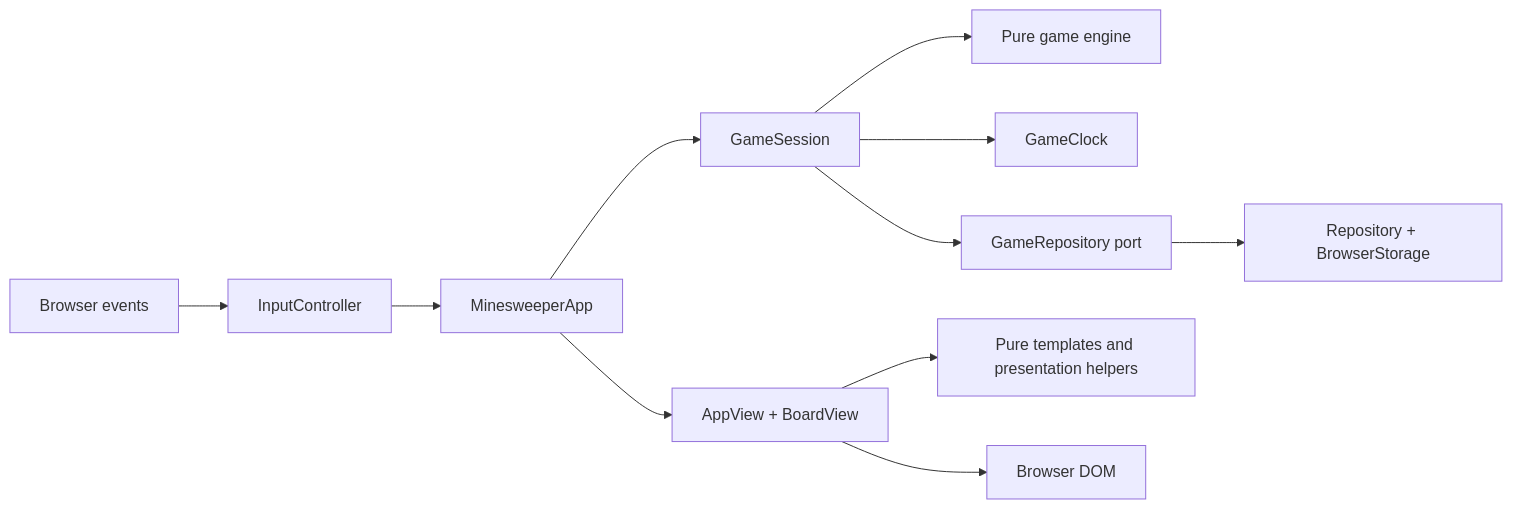
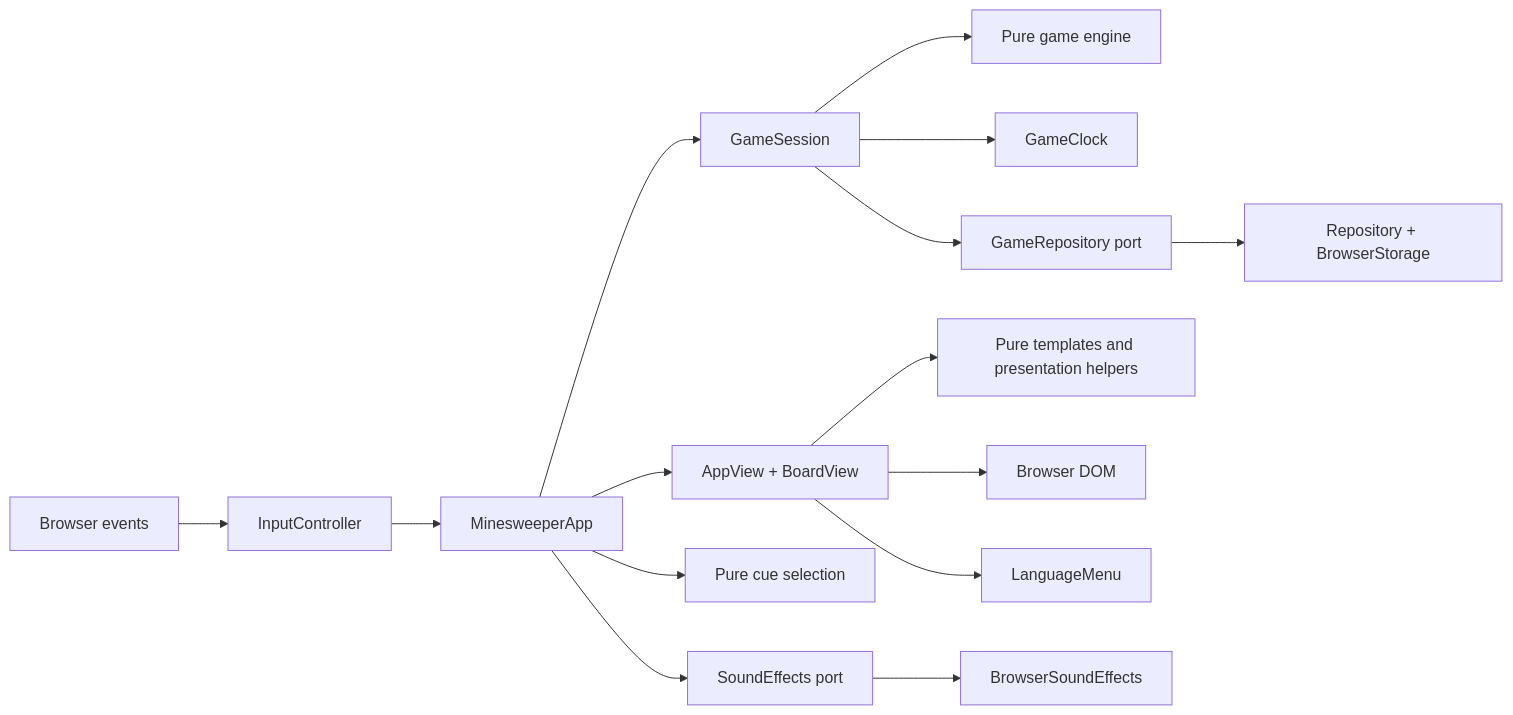
Before and after one commit to shipiyouniao/Minesweeper-2.0: the diagram in docs/architecture.md, drawn with Mermaid. The commit also changed other lines of this file and 26 other files, not shown here.

Commit message:
feat: polish language selection and add synthesized sound effects

````diff
--- a/docs/architecture.md
+++ b/docs/architecture.md
@@ -7,13 +7,17 @@
 ```mermaid
 flowchart LR
     Browser[Browser events] --> Input[InputController]
     Input --> App[MinesweeperApp]
     App --> Session[GameSession]
     Session --> Engine[Pure game engine]
     Session --> Clock[GameClock]
     Session --> Repository[GameRepository port]
     Repository --> Storage[Repository + BrowserStorage]
     App --> View[AppView + BoardView]
     View --> Templates[Pure templates and presentation helpers]
     View --> DOM[Browser DOM]
+    View --> Menu[LanguageMenu]
+    App --> Cues[Pure cue selection]
+    App --> Sound[SoundEffects port]
+    Sound --> Audio[BrowserSoundEffects]
 ```
````
